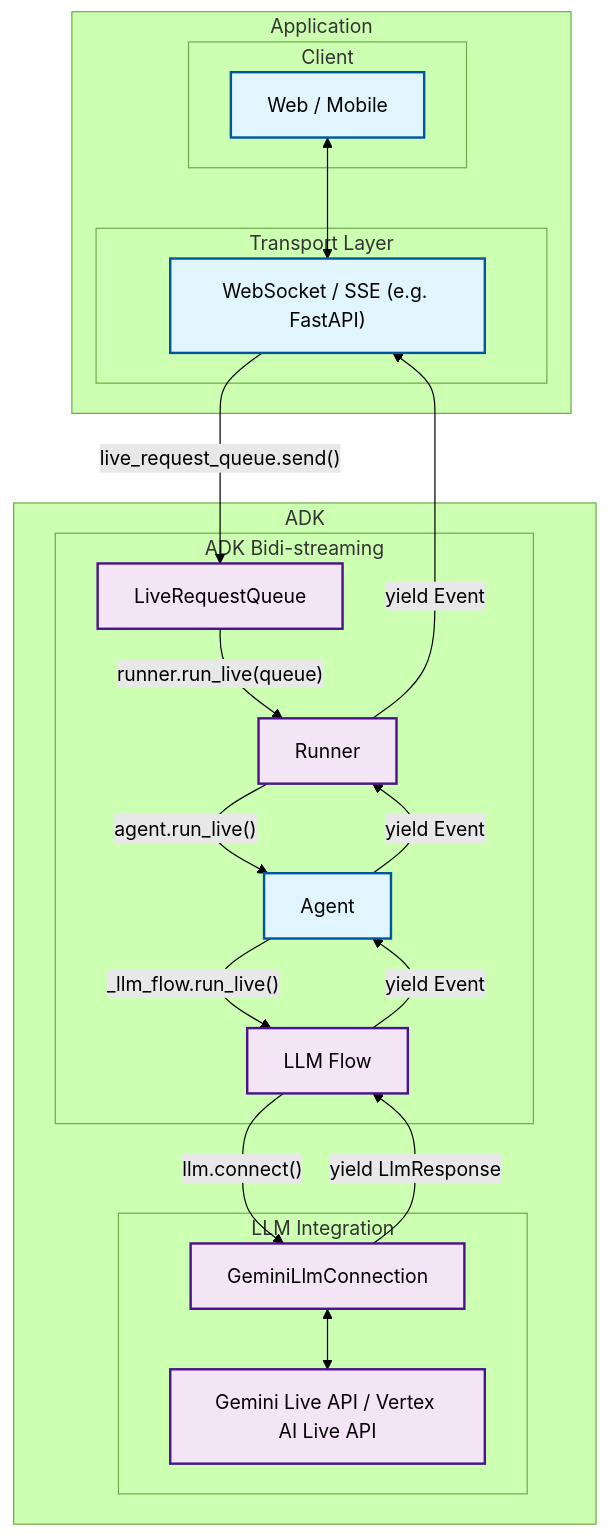
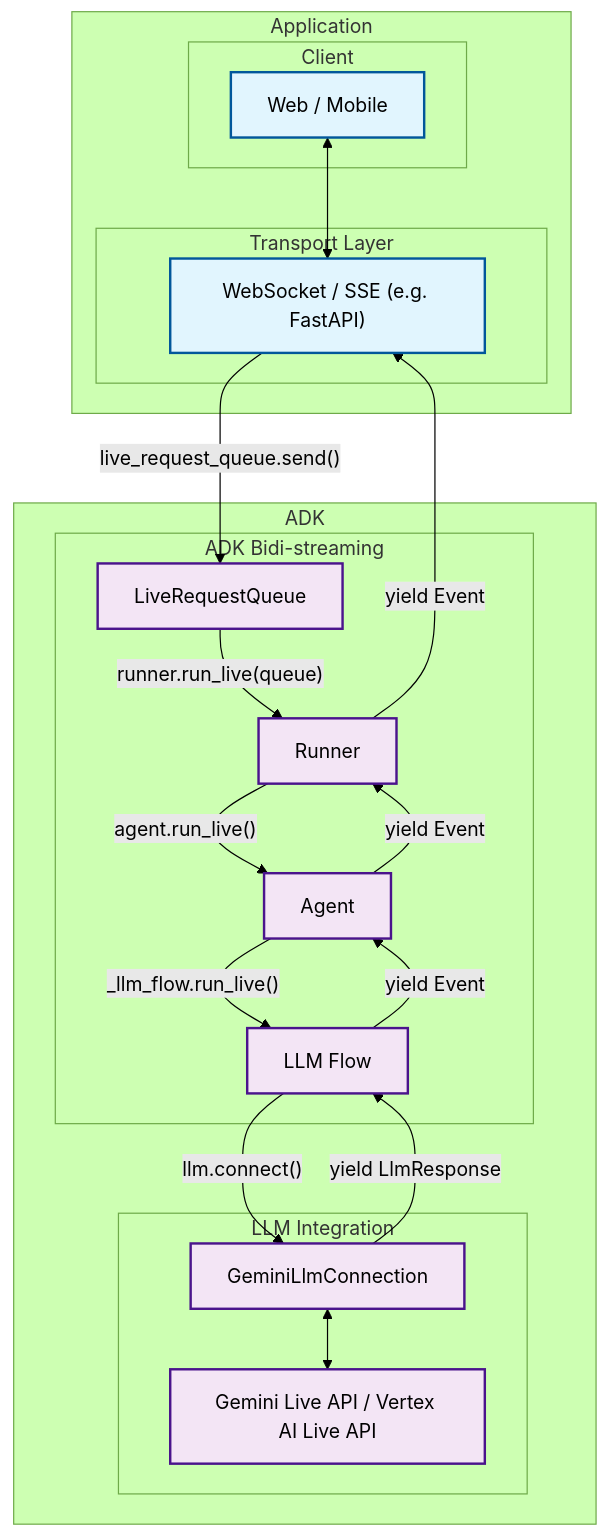
Before and after one commit to kazunori279/adk-streaming-guide: the second of 2 diagrams in docs/part1_intro.md, drawn with Mermaid (forest theme). The commit also changed other lines of this file, not shown here.

````diff
--- a/docs/part1_intro.md
+++ b/docs/part1_intro.md
@@ -104,44 +104,44 @@
 ```mermaid
 graph TB
     subgraph "Application"
         subgraph "Client"
             C1["Web / Mobile"]
         end
 
         subgraph "Transport Layer"
             T1["WebSocket / SSE (e.g. FastAPI)"]
         end
     end
 
     subgraph "ADK"
         subgraph "ADK Bidi-streaming"
             L1[LiveRequestQueue]
             L2[Runner]
             L3[Agent]
             L4[LLM Flow]
         end
 
         subgraph "LLM Integration"
             G1[GeminiLlmConnection]
             G2[Gemini Live API / Vertex AI Live API]
         end
     end
 
     C1 <--> T1
     T1 -->|"live_request_queue.send()"| L1
     L1 -->|"runner.run_live(queue)"| L2
     L2 -->|"agent.run_live()"| L3
     L3 -->|"_llm_flow.run_live()"| L4
     L4 -->|"llm.connect()"| G1
     G1 <--> G2
     G1 -->|"yield LlmResponse"| L4
     L4 -->|"yield Event"| L3
     L3 -->|"yield Event"| L2
     L2 -->|"yield Event"| T1
 
     classDef external fill:#e1f5fe,stroke:#01579b,stroke-width:2px
     classDef adk fill:#f3e5f5,stroke:#4a148c,stroke-width:2px
 
-    class C1,T1,L3 external
-    class L1,L2,L4,G1,G2 adk
+    class C1,T1 external
+    class L1,L2,L3,L4,G1,G2 adk
 ```
````
